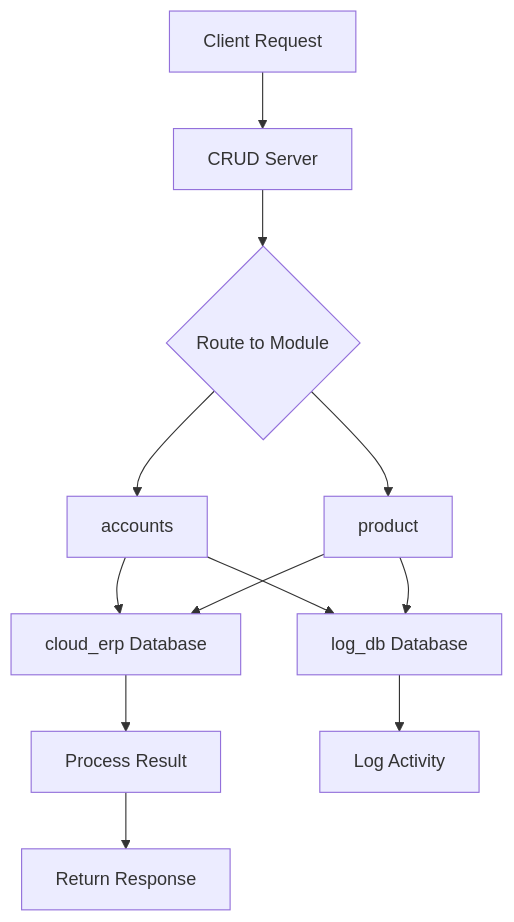
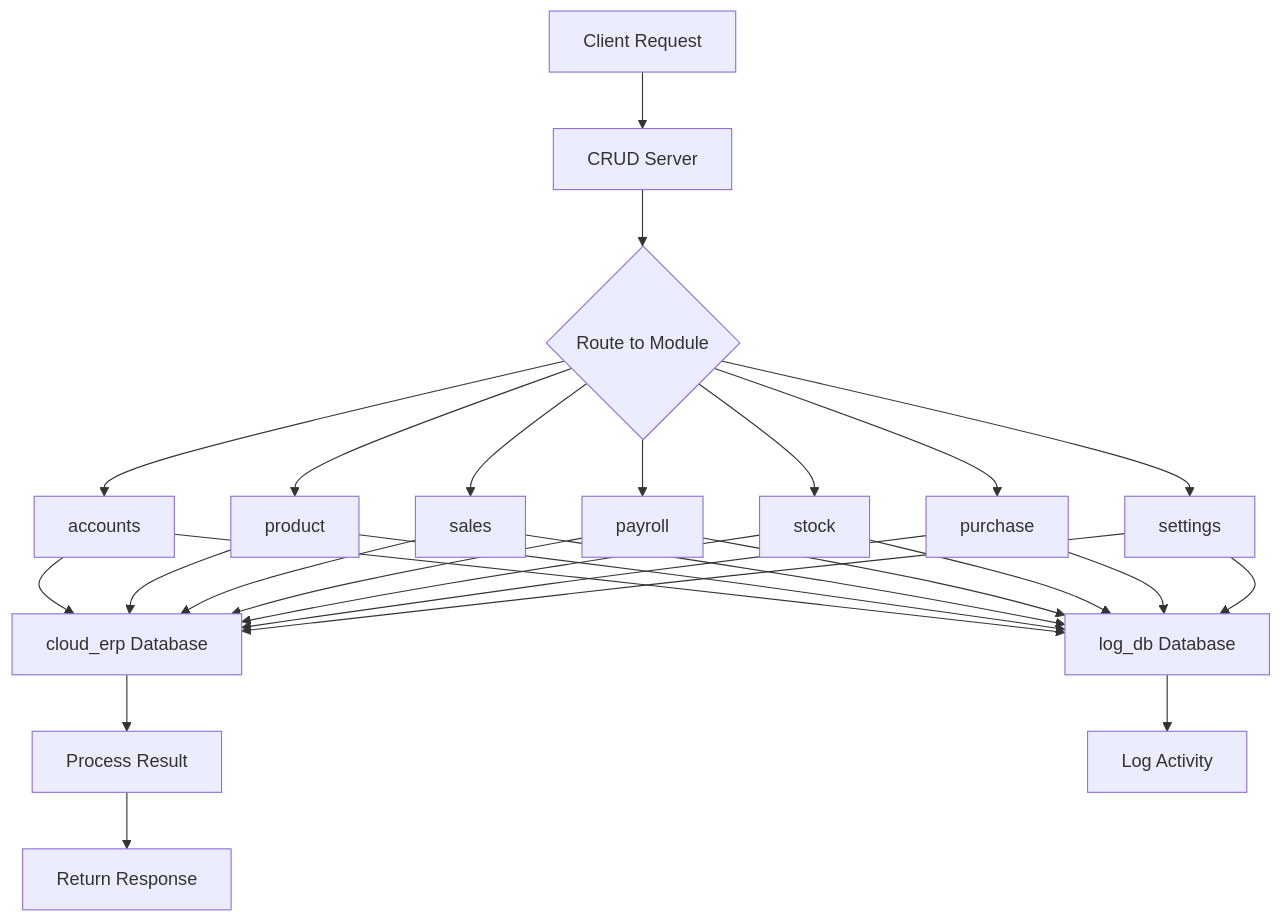
One commit to UnaisMYCOM/crudserver-doc changed the diagram in docs/Config/appconfig.mdx. Above: the diagram before and after it, drawn with Mermaid.

````diff
--- a/docs/Config/appconfig.mdx
+++ b/docs/Config/appconfig.mdx
@@ -80,14 +80,34 @@
 ```mermaid
 flowchart TD
     A[Client Request] --> B[CRUD Server]
     B --> C{Route to Module}
+    
     C --> D[accounts]
     C --> E[product]
-    D --> F[cloud_erp Database]
-    E --> F
-    D --> G[log_db Database]
-    E --> G
-    F --> H[Process Result]
-    G --> I[Log Activity]
-    H --> J[Return Response]
+    C --> F[sales]
+    C --> G[payroll]
+    C --> H[stock]
+    C --> I[purchase]
+    C --> J[settings]
+    
+    D --> K[cloud_erp Database]
+    E --> K
+    F --> K
+    G --> K
+    H --> K
+    I --> K
+    J --> K
+    
+    D --> L[log_db Database]
+    E --> L
+    F --> L
+    G --> L
+    H --> L
+    I --> L
+    J --> L
+    
+    K --> M[Process Result]
+    L --> N[Log Activity]
+    
+    M --> O[Return Response]
 ```
````
